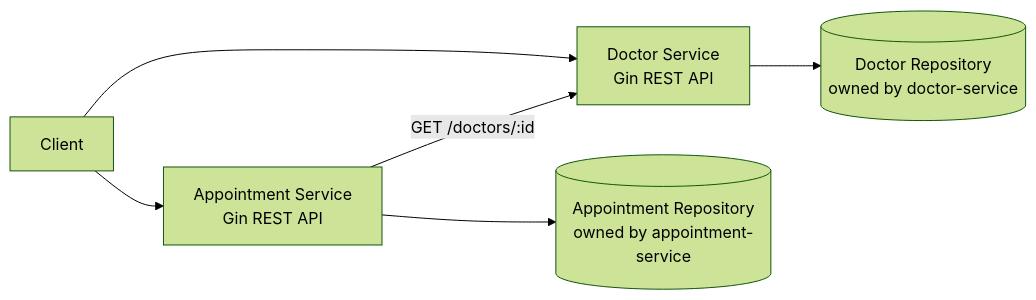
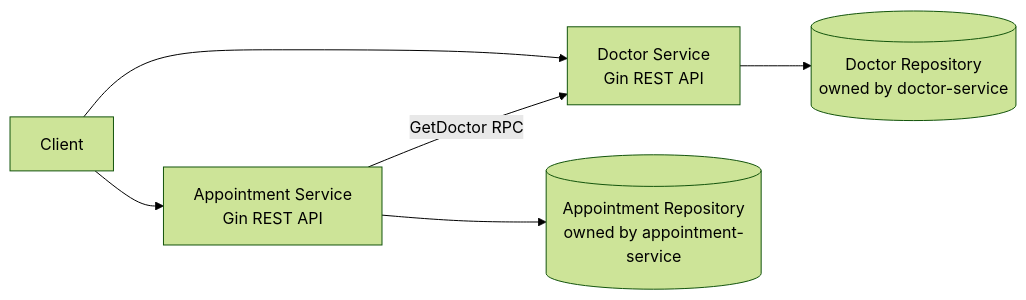
Before and after one commit to QosmuratSamat0/doctor: the diagram in README.md, drawn with Mermaid (forest theme). The commit also changed other lines of this file and 24 other files, not shown here.

````diff
--- a/README.md
+++ b/README.md
@@ -118,8 +23,8 @@
 ```mermaid
 flowchart LR
     Client --> DS[Doctor Service<br/>Gin REST API]
     Client --> AS[Appointment Service<br/>Gin REST API]
     DS --> DDB[(Doctor Repository<br/>owned by doctor-service)]
     AS --> ADB[(Appointment Repository<br/>owned by appointment-service)]
-    AS -->|GET /doctors/:id| DS
+    AS -->|GetDoctor RPC| DS
 ```
````
